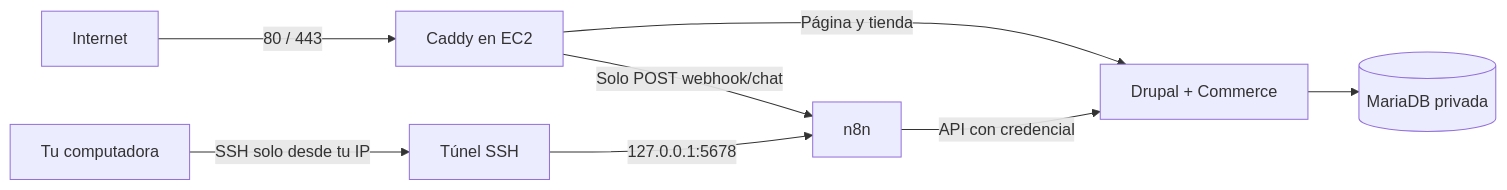
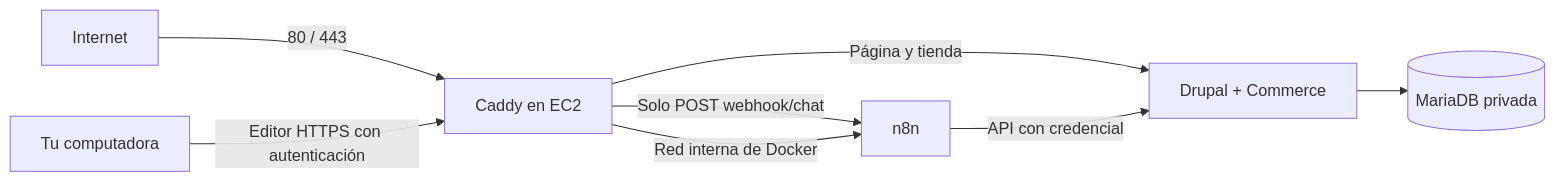
The diagram in docs/aws-deploy.md (dimas-flores/balto-veterinaria-proyecto), drawn with Mermaid before and after one commit. The commit also changed other lines of this file and 91 other files, not shown here.

````diff
--- a/docs/aws-deploy.md
+++ b/docs/aws-deploy.md
@@ -11,10 +11,10 @@
 ```mermaid
 flowchart LR
   Profesor[Internet] -->|80 / 443| Caddy[Caddy en EC2]
   Caddy -->|Página y tienda| Drupal[Drupal + Commerce]
   Caddy -->|Solo POST webhook/chat| n8n[n8n]
   n8n -->|API con credencial| Drupal
   Drupal --> DB[(MariaDB privada)]
-  Admin[Tu computadora] -->|SSH solo desde tu IP| SSH[Túnel SSH]
-  SSH -->|127.0.0.1:5678| n8n
+  Admin[Tu computadora] -->|Editor HTTPS con autenticación| Caddy
+  Caddy -->|Red interna de Docker| n8n
 ```
````
